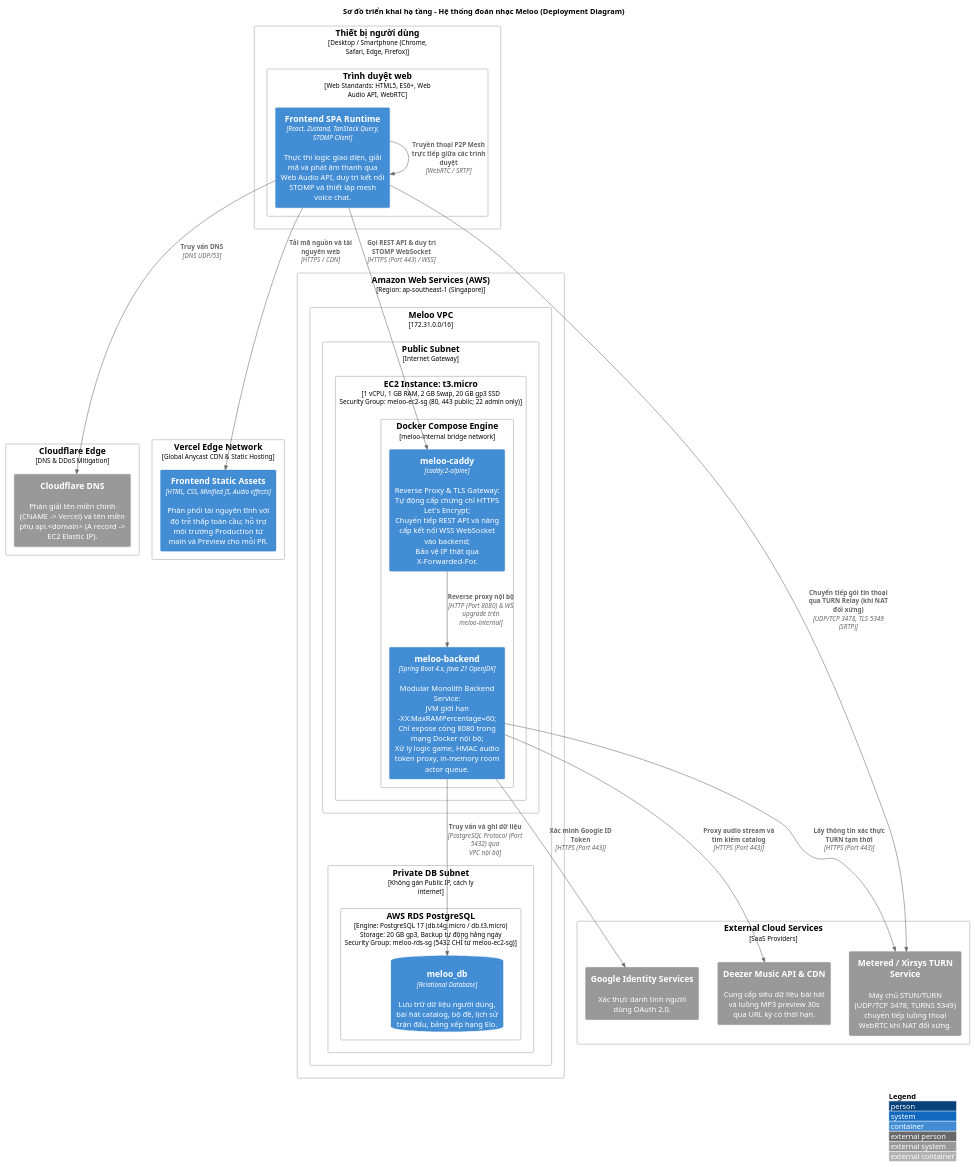
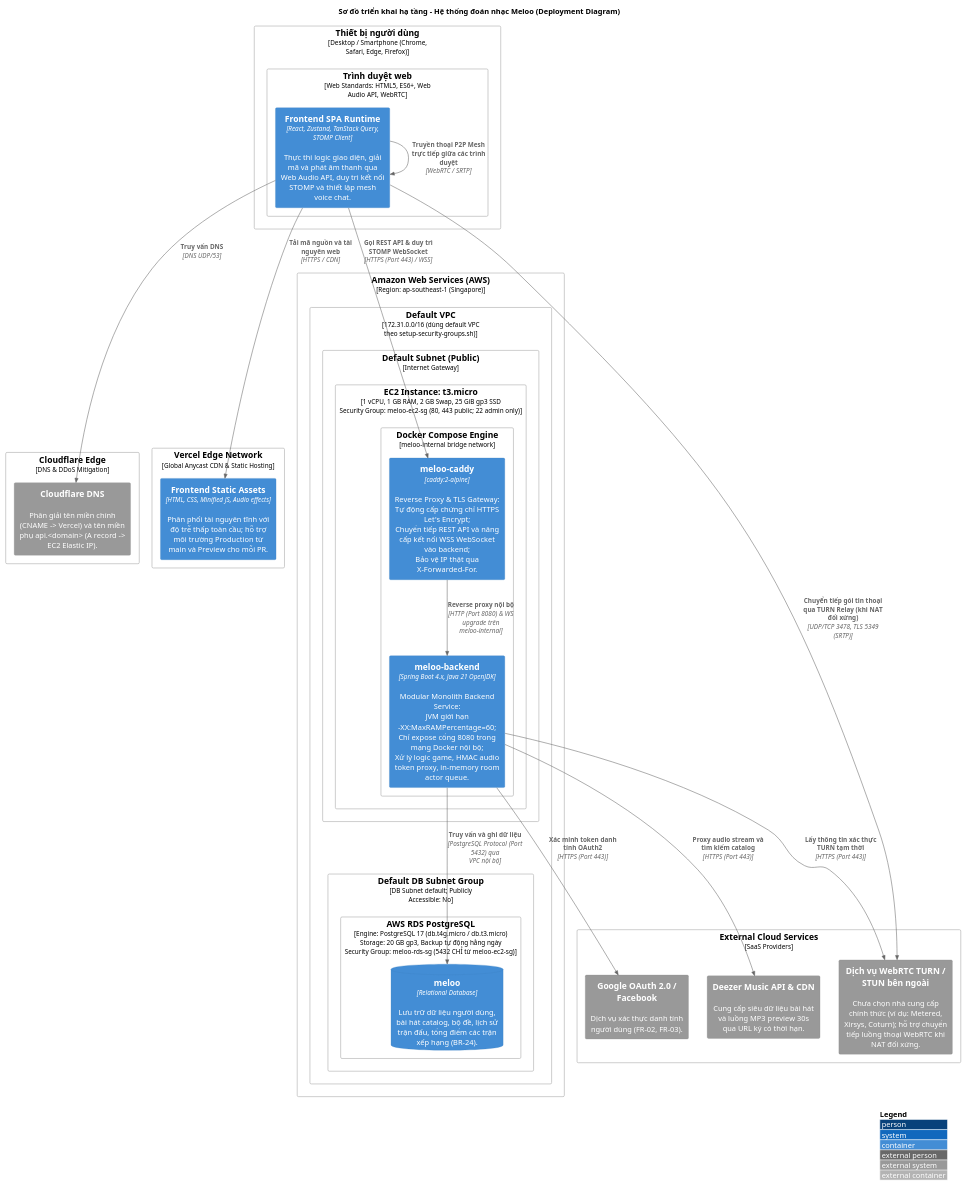
Before and after one commit to ThaiDevv/meloo: the diagram in docs/uml/deployment/deployment.puml, drawn with PlantUML. The commit also changed 9 other files, not shown here.

Commit message:
docs(architecture): cập nhật tài liệu kiến trúc và sơ đồ theo review vòng 1

```diff
--- a/docs/uml/deployment/deployment.puml
+++ b/docs/uml/deployment/deployment.puml
@@ -1,64 +1,64 @@
 @startuml deployment
 !include <C4/C4_Deployment>
 
 LAYOUT_WITH_LEGEND()
 
 title Sơ đồ triển khai hạ tầng - Hệ thống đoán nhạc Meloo (Deployment Diagram)
 
 Deployment_Node(user_device, "Thiết bị người dùng", "Desktop / Smartphone (Chrome, Safari, Edge, Firefox)") {
     Deployment_Node(browser, "Trình duyệt web", "Web Standards: HTML5, ES6+, Web Audio API, WebRTC") {
         Container(spa_instance, "Frontend SPA Runtime", "React, Zustand, TanStack Query, STOMP Client", "Thực thi logic giao diện, giải mã và phát âm thanh qua Web Audio API, duy trì kết nối STOMP và thiết lập mesh voice chat.")
     }
 }
 
 Deployment_Node(cloudflare, "Cloudflare Edge", "DNS & DDoS Mitigation") {
     System_Ext(cf_dns, "Cloudflare DNS", "Phân giải tên miền chính (CNAME -> Vercel) và tên miền phụ api.<domain> (A record -> EC2 Elastic IP).")
 }
 
 Deployment_Node(vercel, "Vercel Edge Network", "Global Anycast CDN & Static Hosting") {
     Container(fe_static, "Frontend Static Assets", "HTML, CSS, Minified JS, Audio effects", "Phân phối tài nguyên tĩnh với độ trễ thấp toàn cầu; hỗ trợ môi trường Production từ main và Preview cho mỗi PR.")
 }
 
 Deployment_Node(aws, "Amazon Web Services (AWS)", "Region: ap-southeast-1 (Singapore)") {
-    Deployment_Node(vpc, "Meloo VPC", "172.31.0.0/16") {
+    Deployment_Node(vpc, "Default VPC", "172.31.0.0/16 (dùng default VPC theo setup-security-groups.sh)") {
         
-        Deployment_Node(public_subnet, "Public Subnet", "Internet Gateway") {
-            Deployment_Node(ec2, "EC2 Instance: t3.micro", "1 vCPU, 1 GB RAM, 2 GB Swap, 20 GB gp3 SSD\nSecurity Group: meloo-ec2-sg (80, 443 public; 22 admin only)") {
+        Deployment_Node(public_subnet, "Default Subnet (Public)", "Internet Gateway") {
+            Deployment_Node(ec2, "EC2 Instance: t3.micro", "1 vCPU, 1 GB RAM, 2 GB Swap, 25 GiB gp3 SSD\nSecurity Group: meloo-ec2-sg (80, 443 public; 22 admin only)") {
                 
                 Deployment_Node(docker, "Docker Compose Engine", "meloo-internal bridge network") {
                     Container(caddy_container, "meloo-caddy", "caddy:2-alpine", "Reverse Proxy & TLS Gateway:\nTự động cấp chứng chỉ HTTPS Let's Encrypt;\nChuyển tiếp REST API và nâng cấp kết nối WSS WebSocket vào backend;\nBảo vệ IP thật qua X-Forwarded-For.")
                     
                     Container(be_container, "meloo-backend", "Spring Boot 4.x, Java 21 OpenJDK", "Modular Monolith Backend Service:\nJVM giới hạn -XX:MaxRAMPercentage=60;\nChỉ expose cổng 8080 trong mạng Docker nội bộ;\nXử lý logic game, HMAC audio token proxy, in-memory room actor queue.")
                 }
             }
         }
         
-        Deployment_Node(private_subnet, "Private DB Subnet", "Không gán Public IP, cách ly internet") {
+        Deployment_Node(rds_subnet, "Default DB Subnet Group", "DB Subnet default; Publicly Accessible: No") {
             Deployment_Node(rds, "AWS RDS PostgreSQL", "Engine: PostgreSQL 17 (db.t4g.micro / db.t3.micro)\nStorage: 20 GB gp3, Backup tự động hằng ngày\nSecurity Group: meloo-rds-sg (5432 CHỈ từ meloo-ec2-sg)") {
-                ContainerDb(db_instance, "meloo_db", "Relational Database", "Lưu trữ dữ liệu người dùng, bài hát catalog, bộ đề, lịch sử trận đấu, bảng xếp hạng Elo.")
+                ContainerDb(db_instance, "meloo", "Relational Database", "Lưu trữ dữ liệu người dùng, bài hát catalog, bộ đề, lịch sử trận đấu, tổng điểm các trận xếp hạng (BR-24).")
             }
         }
     }
 }
 
 Deployment_Node(ext_services, "External Cloud Services", "SaaS Providers") {
-    System_Ext(turn_server, "Metered / Xirsys TURN Service", "Máy chủ STUN/TURN (UDP/TCP 3478, TURNS 5349) chuyển tiếp luồng thoại WebRTC khi NAT đối xứng.")
+    System_Ext(turn_server, "Dịch vụ WebRTC TURN / STUN bên ngoài", "Chưa chọn nhà cung cấp chính thức (ví dụ: Metered, Xirsys, Coturn); hỗ trợ chuyển tiếp luồng thoại WebRTC khi NAT đối xứng.")
     System_Ext(deezer_api, "Deezer Music API & CDN", "Cung cấp siêu dữ liệu bài hát và luồng MP3 preview 30s qua URL ký có thời hạn.")
-    System_Ext(google_auth, "Google Identity Services", "Xác thực danh tính người dùng OAuth 2.0.")
+    System_Ext(auth_providers, "Google OAuth 2.0 / Facebook", "Dịch vụ xác thực danh tính người dùng (FR-02, FR-03).")
 }
 
 Rel(spa_instance, cf_dns, "Truy vấn DNS", "DNS UDP/53")
 Rel(spa_instance, fe_static, "Tải mã nguồn và tài nguyên web", "HTTPS / CDN")
 Rel(spa_instance, caddy_container, "Gọi REST API & duy trì STOMP WebSocket", "HTTPS (Port 443) / WSS")
 
 Rel(caddy_container, be_container, "Reverse proxy nội bộ", "HTTP (Port 8080) & WS upgrade trên meloo-internal")
 Rel(be_container, db_instance, "Truy vấn và ghi dữ liệu", "PostgreSQL Protocol (Port 5432) qua VPC nội bộ")
 
 Rel(be_container, deezer_api, "Proxy audio stream và tìm kiếm catalog", "HTTPS (Port 443)")
-Rel(be_container, google_auth, "Xác minh Google ID Token", "HTTPS (Port 443)")
+Rel(be_container, auth_providers, "Xác minh token danh tính OAuth2", "HTTPS (Port 443)")
 Rel(be_container, turn_server, "Lấy thông tin xác thực TURN tạm thời", "HTTPS (Port 443)")
 
 Rel(spa_instance, turn_server, "Chuyển tiếp gói tin thoại qua TURN Relay (khi NAT đối xứng)", "UDP/TCP 3478, TLS 5349 (SRTP)")
 Rel(spa_instance, spa_instance, "Truyền thoại P2P Mesh trực tiếp giữa các trình duyệt", "WebRTC / SRTP")
 
 @enduml
```
